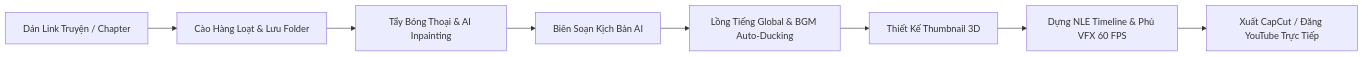
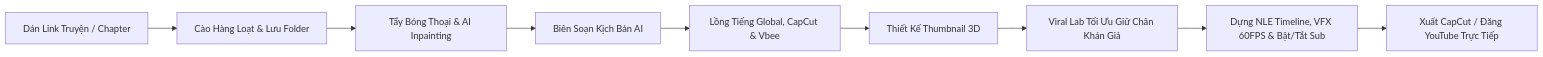
Before and after one commit to Tunaanhgamedev/TunaMagaRecap: the diagram in README.md, drawn with Mermaid. The commit also changed other lines of this file, not shown here.

Commit message:
docs: update README with Viral Lab, CapCut female voices, and subtitle controls

````diff
--- a/README.md
+++ b/README.md
@@ -165,10 +206,11 @@
 ```mermaid
 flowchart LR
     A[Dán Link Truyện / Chapter] --> B[Cào Hàng Loạt & Lưu Folder]
     B --> C[Tẩy Bóng Thoại & AI Inpainting]
     C --> D[Biên Soạn Kịch Bản AI]
-    D --> E[Lồng Tiếng Global & BGM Auto-Ducking]
+    D --> E[Lồng Tiếng Global, CapCut & Vbee]
     E --> F[Thiết Kế Thumbnail 3D]
-    F --> G[Dựng NLE Timeline & Phủ VFX 60 FPS]
-    G --> H[Xuất CapCut / Đăng YouTube Trực Tiếp]
+    F --> G[Viral Lab Tối Ưu Giữ Chân Khán Giả]
+    G --> H[Dựng NLE Timeline, VFX 60FPS & Bật/Tắt Sub]
+    H --> I[Xuất CapCut / Đăng YouTube Trực Tiếp]
 ```
````
